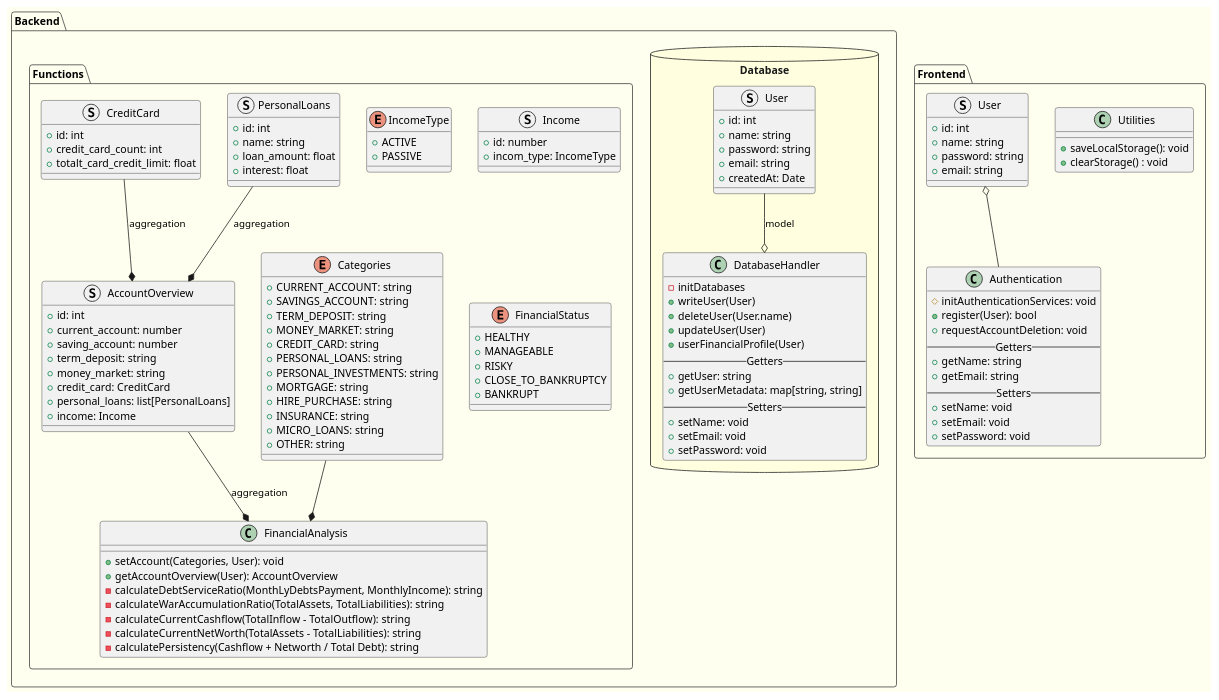
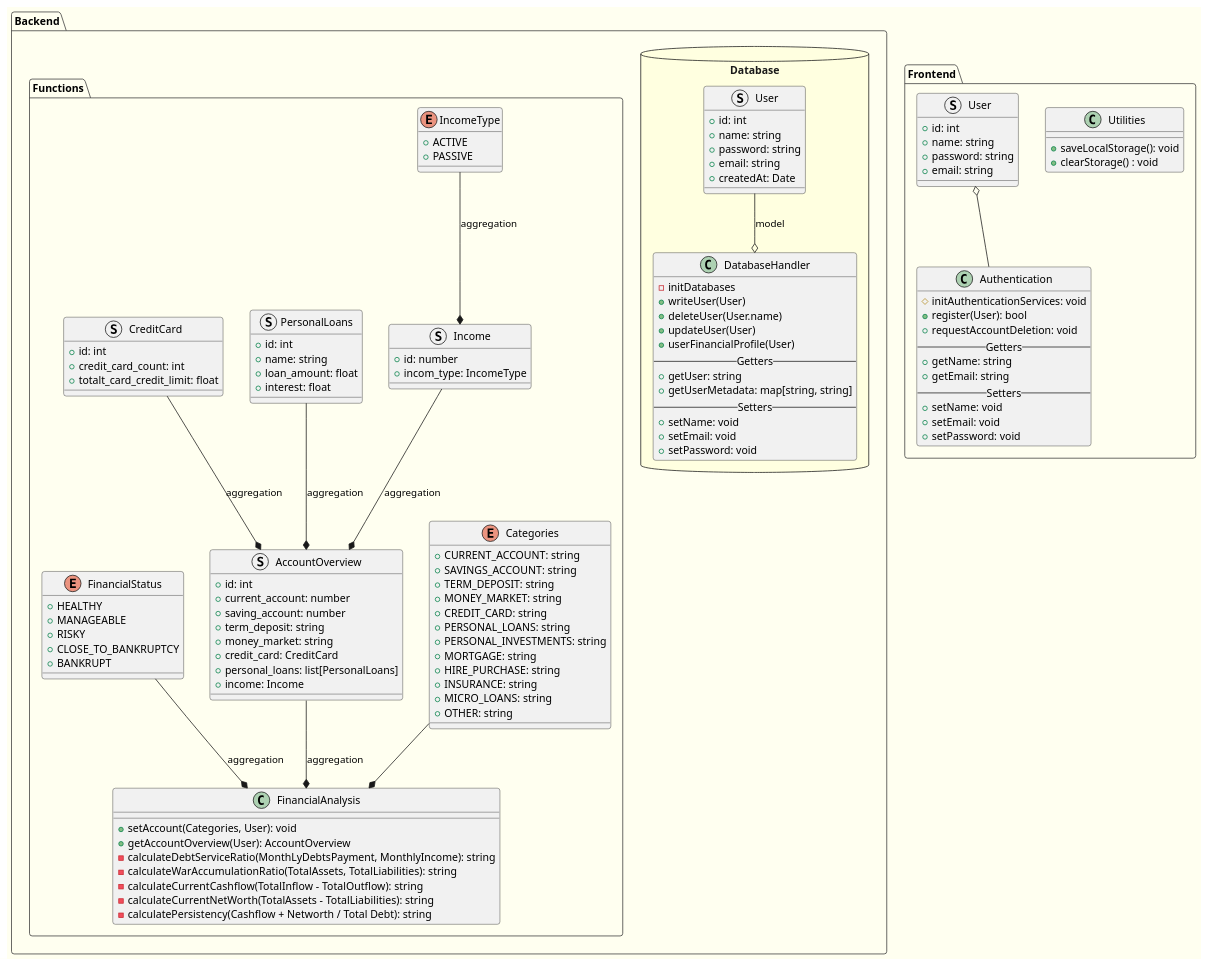
The diagram in PayNetHackathonArchitecture/LOGIC_COMPONENTS.puml (ctkqiang/PayNetHackathon), drawn with PlantUML before and after one commit.

Commit message:
#4 fix: updated the class diagram,  added enums and structs for Incom and IncomeType, FinancialStatus

```diff
--- a/PayNetHackathonArchitecture/LOGIC_COMPONENTS.puml
+++ b/PayNetHackathonArchitecture/LOGIC_COMPONENTS.puml
@@ -1,155 +1,157 @@
 @startuml Logic Components
 
 !theme mars
 
 skinparam handwritten false
 skinparam shadowing false
 skinparam backgroundColor #FFFFF0
 
 package Backend {
     package Database <<Database>> #LightYellow {
         class DatabaseHandler {
             - initDatabases
             + writeUser(User)
             + deleteUser(User.name)
             + updateUser(User)
             + userFinancialProfile(User)
             --Getters--
             + getUser: string
             + getUserMetadata: map[string, string]
             --Setters--
             + setName: void
             + setEmail: void
             + setPassword: void
         }
 
         struct User {
             + id: int
             + name: string
             + password: string
             + email: string
             + createdAt: Date
         }
     }
 
     package Functions {
         enum Categories {
             + CURRENT_ACCOUNT: string
             + SAVINGS_ACCOUNT: string
             + TERM_DEPOSIT: string
             + MONEY_MARKET: string
             + CREDIT_CARD: string
             + PERSONAL_LOANS: string
             + PERSONAL_INVESTMENTS: string
             + MORTGAGE: string
             + HIRE_PURCHASE: string
             + INSURANCE: string
             + MICRO_LOANS: string
             + OTHER: string
         }
 
         struct AccountOverview {
             + id: int
             + current_account: number
             + saving_account: number
             + term_deposit: string
             + money_market: string
             + credit_card: CreditCard
             + personal_loans: list[PersonalLoans]
             + income: Income
         }
 
         enum IncomeType {
             + ACTIVE
             + PASSIVE
         }
 
         struct Income {
             + id: number
             + incom_type: IncomeType
         }
 
         struct PersonalLoans {
             + id: int
             + name: string
             + loan_amount: float
             + interest: float
         }
 
         struct CreditCard {
             + id: int
             + credit_card_count: int
             + totalt_card_credit_limit: float
         }
 
         enum FinancialStatus {
             + HEALTHY
             + MANAGEABLE
             + RISKY
             + CLOSE_TO_BANKRUPTCY
             + BANKRUPT 
         }
 
         class FinancialAnalysis {
             + setAccount(Categories, User): void
             + getAccountOverview(User): AccountOverview
             - calculateDebtServiceRatio(MonthLyDebtsPayment, MonthlyIncome): string 
             - calculateWarAccumulationRatio(TotalAssets, TotalLiabilities): string
             - calculateCurrentCashflow(TotalInflow - TotalOutflow): string
             - calculateCurrentNetWorth(TotalAssets - TotalLiabilities): string
             - calculatePersistency(Cashflow + Networth / Total Debt): string
         }
     }
 
     ' note bottom of calculateDebtServiceRatio
     '     Debt Service Ratio (DSR):
     '     This method calculates the Debt Service Ratio based on monthly debt payments and income.
     '     It returns a string representing the DSR value.
 
     '     Summary of DSR Interpretations:
     '     - <&lt; 30% &gt;: Healthy, low risk, strong financial position (Good)
     '     - <&lt; 30% - 40% &gt;: Manageable, generally acceptable (Neutral/Acceptable)
     '     - <&lt; > 40% &gt;: Higher debt load, increased financial strain (Risky/Bad)
     '     - <&lt; > 50% &gt;: Financially overburdened, high risk (Very Bad)
     ' end note
 
     User --o DatabaseHandler :model
     Categories --* FinancialAnalysis
 
     AccountOverview --* FinancialAnalysis :aggregation
     CreditCard --* AccountOverview :aggregation
     PersonalLoans --* AccountOverview :aggregation
+    IncomeType --* Income: aggregation
+    Income --* AccountOverview :aggregation
+    FinancialStatus --* FinancialAnalysis :aggregation
 
-    ' Functions --o Database: Align
 }
 
 package Frontend {
     class Authentication {
         # initAuthenticationServices: void
         + register(User): bool
         + requestAccountDeletion: void
         --Getters--
         + getName: string
         + getEmail: string
         --Setters--
         + setName: void
         + setEmail: void
         + setPassword: void
     }
 
     class Utilities {
         + saveLocalStorage(): void
         + clearStorage() : void
     }
 
     struct User {
         + id: int
         + name: string
         + password: string 
         + email: string
     }
 
     User o-- Authentication
 }
 
 @enduml
```
